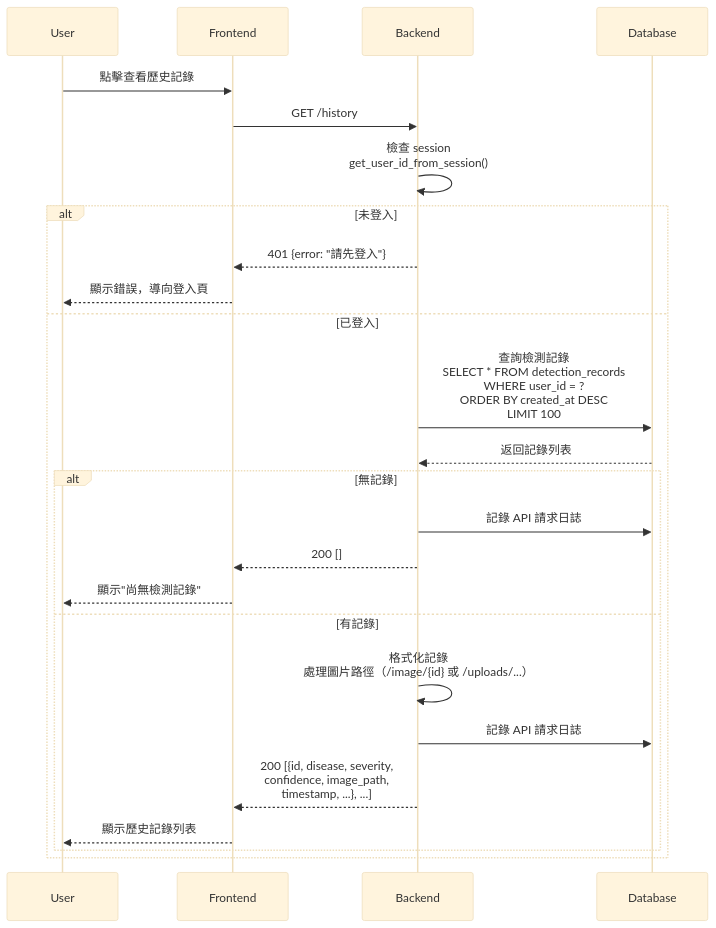
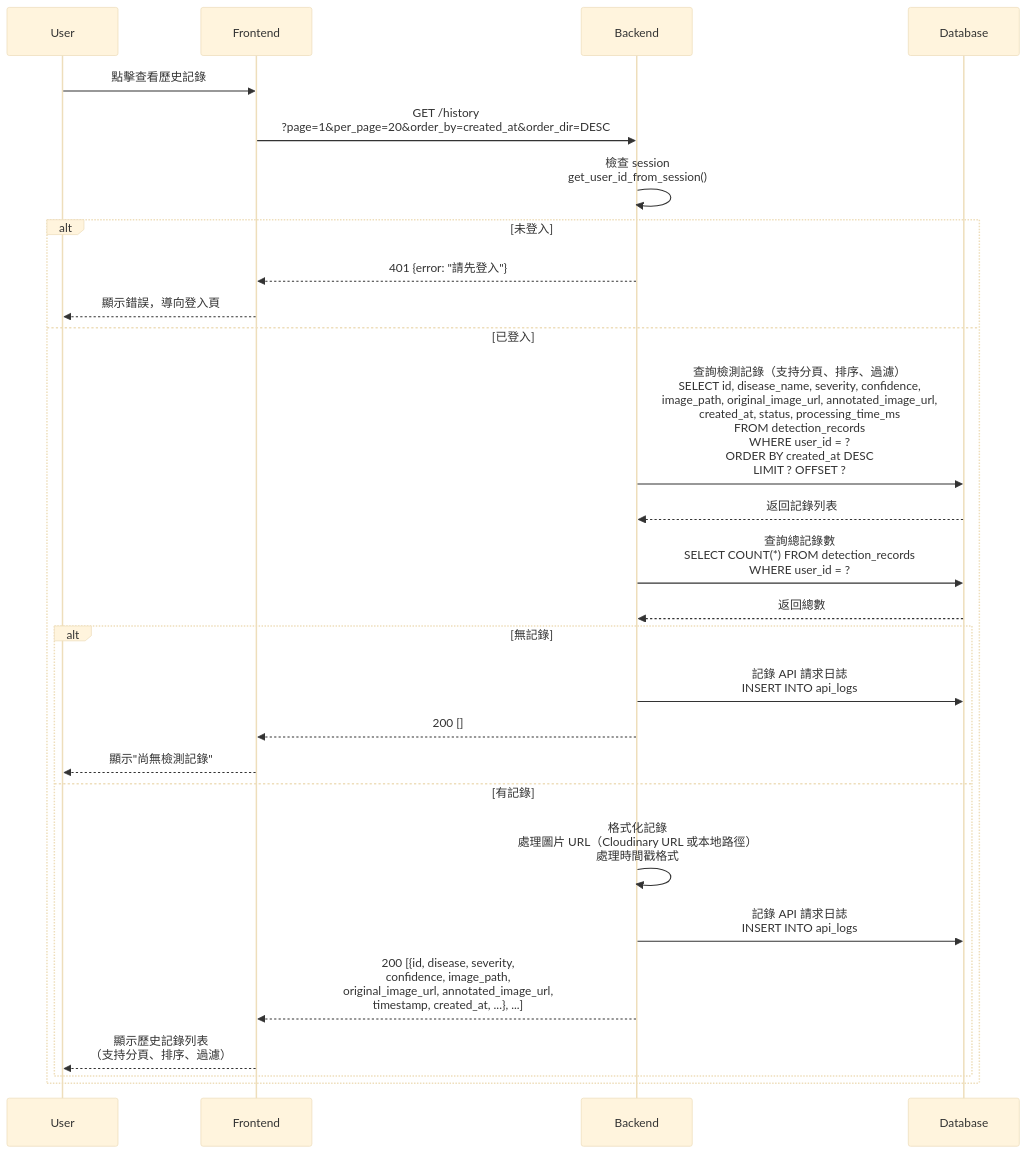
The fifth of 8 diagrams in docs/sequences_diagram.md (szweijin/Leaf_Disease_AI), drawn with Mermaid (base theme) before and after one commit. The commit also changed other lines of this file and 31 other files, not shown here.

````diff
--- a/docs/sequences_diagram.md
+++ b/docs/sequences_diagram.md
@@ -216,31 +274,34 @@
 ```mermaid
 sequenceDiagram
     participant User
     participant Frontend
     participant Backend
     participant Database
 
     User->>Frontend: 點擊查看歷史記錄
-    Frontend->>Backend: GET /history
+    Frontend->>Backend: GET /history<br/>?page=1&per_page=20&order_by=created_at&order_dir=DESC
 
     Backend->>Backend: 檢查 session<br/>get_user_id_from_session()
 
     alt 未登入
         Backend-->>Frontend: 401 {error: "請先登入"}
         Frontend-->>User: 顯示錯誤，導向登入頁
     else 已登入
-        Backend->>Database: 查詢檢測記錄<br/>SELECT * FROM detection_records<br/>WHERE user_id = ?<br/>ORDER BY created_at DESC<br/>LIMIT 100
+        Backend->>Database: 查詢檢測記錄（支持分頁、排序、過濾）<br/>SELECT id, disease_name, severity, confidence,<br/>image_path, original_image_url, annotated_image_url,<br/>created_at, status, processing_time_ms<br/>FROM detection_records<br/>WHERE user_id = ?<br/>ORDER BY created_at DESC<br/>LIMIT ? OFFSET ?
         Database-->>Backend: 返回記錄列表
 
+        Backend->>Database: 查詢總記錄數<br/>SELECT COUNT(*) FROM detection_records<br/>WHERE user_id = ?
+        Database-->>Backend: 返回總數
+
         alt 無記錄
-            Backend->>Database: 記錄 API 請求日誌
+            Backend->>Database: 記錄 API 請求日誌<br/>INSERT INTO api_logs
             Backend-->>Frontend: 200 []
             Frontend-->>User: 顯示"尚無檢測記錄"
         else 有記錄
-            Backend->>Backend: 格式化記錄<br/>處理圖片路徑（/image/{id} 或 /uploads/...）
-            Backend->>Database: 記錄 API 請求日誌
-            Backend-->>Frontend: 200 [{id, disease, severity,<br/>confidence, image_path,<br/>timestamp, ...}, ...]
-            Frontend-->>User: 顯示歷史記錄列表
+            Backend->>Backend: 格式化記錄<br/>處理圖片 URL（Cloudinary URL 或本地路徑）<br/>處理時間戳格式
+            Backend->>Database: 記錄 API 請求日誌<br/>INSERT INTO api_logs
+            Backend-->>Frontend: 200 [{id, disease, severity,<br/>confidence, image_path,<br/>original_image_url, annotated_image_url,<br/>timestamp, created_at, ...}, ...]
+            Frontend-->>User: 顯示歷史記錄列表<br/>（支持分頁、排序、過濾）
         end
     end
 ```
````
